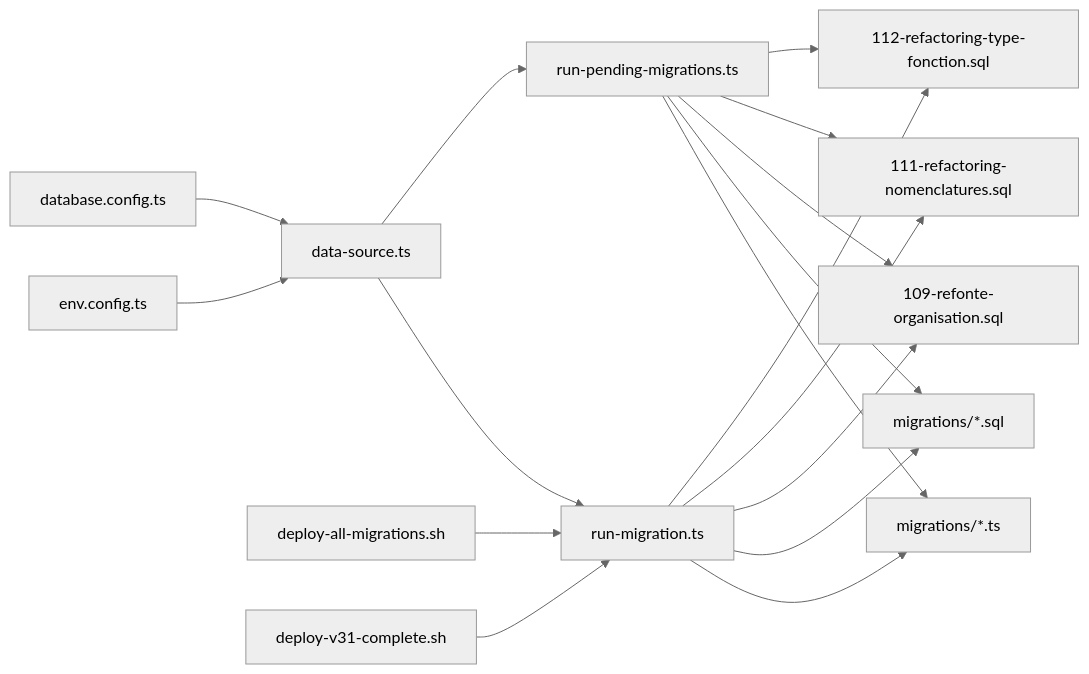
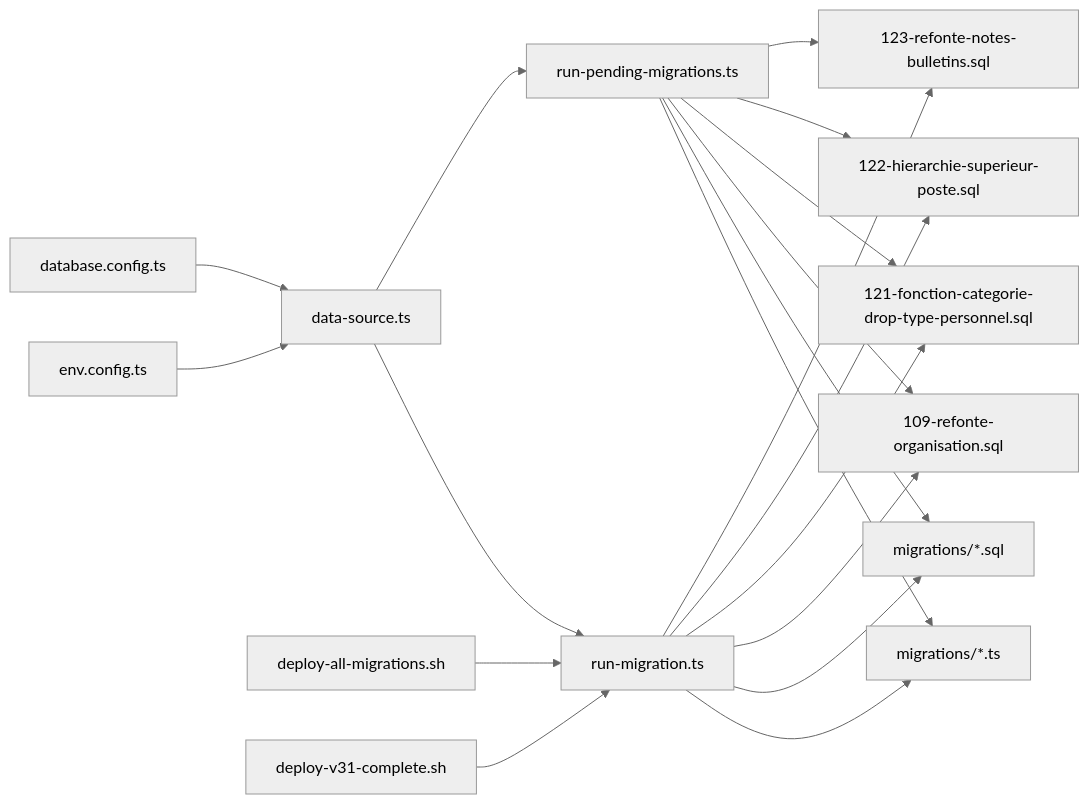
One commit to franckylab/eLISAschool changed the fourth of 4 diagrams in .qoder/repowiki/en/content/System Architecture/Database Architecture/Database Migrations & Version Control.md. Above: the diagram before and after it, drawn with Mermaid (neutral theme). The commit also changed other lines of this file and 21 other files, not shown here.

````diff
--- a/.qoder/repowiki/en/content/System Architecture/Database Architecture/Database Migrations & Version Control.md
+++ b/.qoder/repowiki/en/content/System Architecture/Database Architecture/Database Migrations & Version Control.md
@@ -517,19 +537,21 @@
 ```mermaid
 graph LR
 Env["env.config.ts"] --> DS["data-source.ts"]
 DBConf["database.config.ts"] --> DS
 DS --> RunnerA["run-migration.ts"]
 DS --> RunnerB["run-pending-migrations.ts"]
 RunnerA --> MigrationsTS["migrations/*.ts"]
 RunnerA --> MigrationsSQL["migrations/*.sql"]
 RunnerA --> RefactorMig["109-refonte-organisation.sql"]
-RunnerA --> IntegrityMig["111-refactoring-nomenclatures.sql"]
-RunnerA --> NormalizationMig["112-refactoring-type-fonction.sql"]
+RunnerA --> CleanupMig["121-fonction-categorie-drop-type-personnel.sql"]
+RunnerA --> HierarchyFix["122-hierarchie-superieur-poste.sql"]
+RunnerA --> GradingFix["123-refonte-notes-bulletins.sql"]
 RunnerB --> MigrationsTS
 RunnerB --> MigrationsSQL
 RunnerB --> RefactorMig
-RunnerB --> IntegrityMig
-RunnerB --> NormalizationMig
+RunnerB --> CleanupMig
+RunnerB --> HierarchyFix
+RunnerB --> GradingFix
 DeployAll["deploy-all-migrations.sh"] --> RunnerA
 DeployV31["deploy-v31-complete.sh"] --> RunnerA
 ```
````
